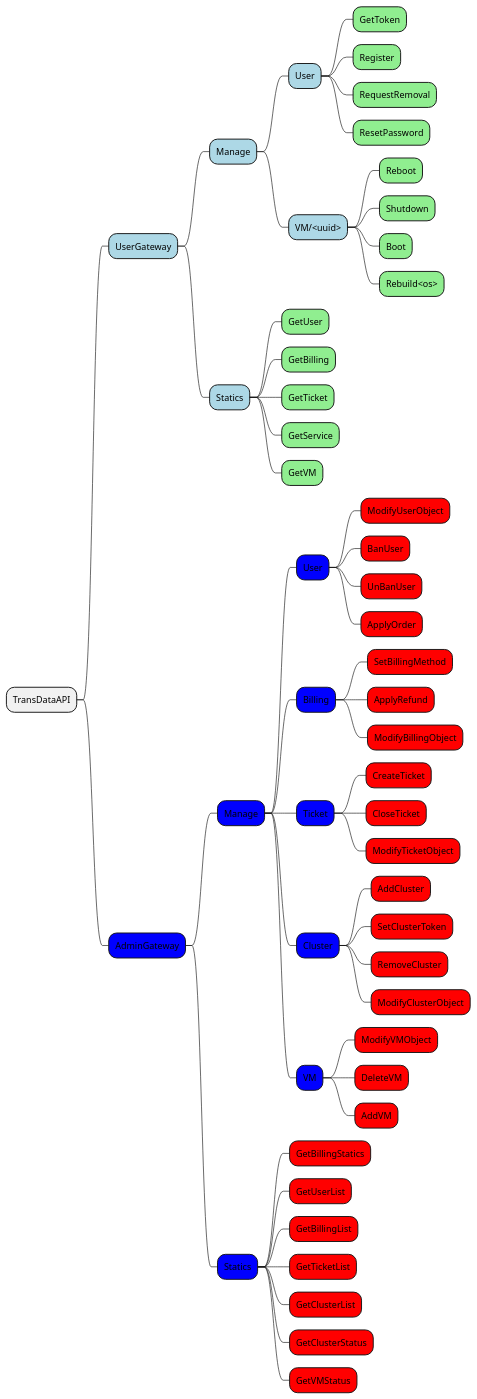
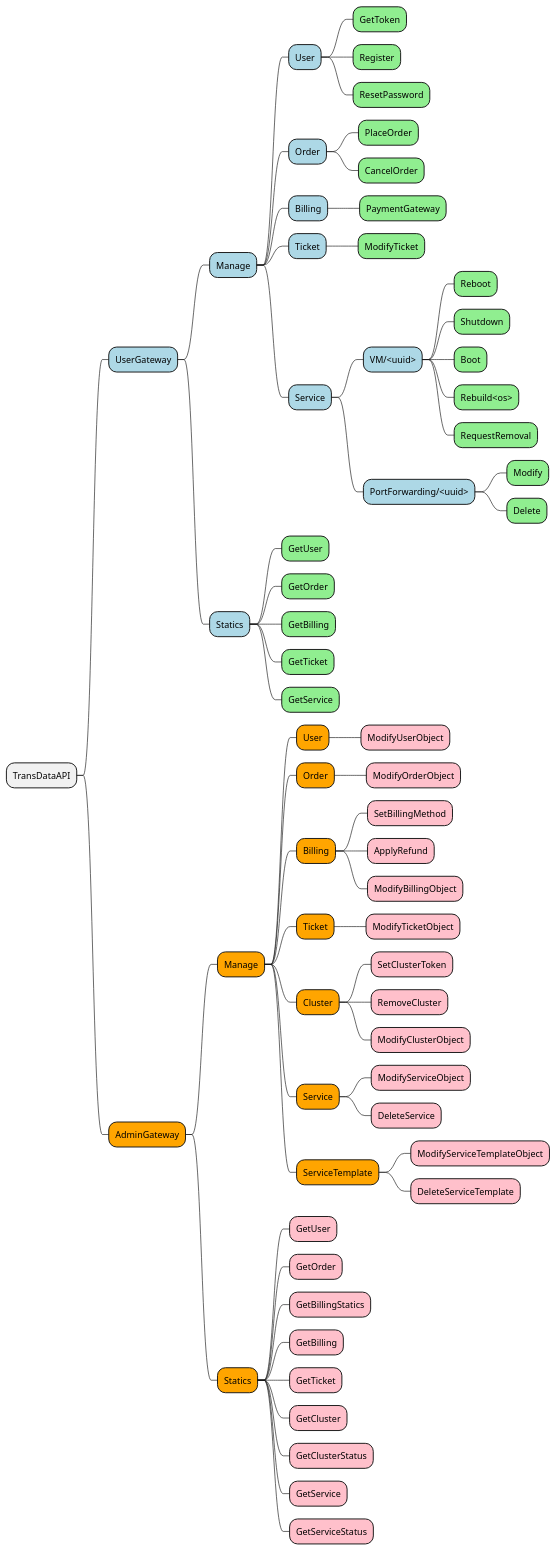
One commit to CaliNetwork/TransData changed the first of 3 diagrams in documents/README.adoc. Above: the diagram before and after it, drawn with PlantUML. The commit also changed other lines of this file and 9 other files, not shown here.

```diff
--- a/documents/README.adoc
+++ b/documents/README.adoc
@@ -11,57 +11,68 @@
 [plantuml]
 ....
 @startmindmap
 * TransDataAPI
     *[#lightblue] UserGateway
         *[#lightblue] Manage
             *[#lightblue] User
                 *[#lightgreen] GetToken
                 *[#lightgreen] Register
-                *[#lightgreen] RequestRemoval
                 *[#lightgreen] ResetPassword
-            *[#lightblue] VM/<uuid>
-                *[#lightgreen] Reboot
-                *[#lightgreen] Shutdown
-                *[#lightgreen] Boot
-                *[#lightgreen] Rebuild<os>
+            *[#lightblue] Order
+                *[#lightgreen] PlaceOrder
+                *[#lightgreen] CancelOrder
+            *[#lightblue] Billing
+                *[#lightgreen] PaymentGateway
+            *[#lightblue] Ticket
+                *[#lightgreen] ModifyTicket
+            *[#lightblue] Service
+                *[#lightblue] VM/<uuid>
+                    *[#lightgreen] Reboot
+                    *[#lightgreen] Shutdown
+                    *[#lightgreen] Boot
+                    *[#lightgreen] Rebuild<os>
+                    *[#lightgreen] RequestRemoval
+                *[#lightblue] PortForwarding/<uuid>
+                    *[#lightgreen] Modify
+                    *[#lightgreen] Delete
         *[#lightblue] Statics
             *[#lightgreen] GetUser
+            *[#lightgreen] GetOrder
             *[#lightgreen] GetBilling
             *[#lightgreen] GetTicket
             *[#lightgreen] GetService
-            *[#lightgreen] GetVM
 
-    *[#blue] AdminGateway
-        *[#blue] Manage
-            *[#blue] User
-                *[#red] ModifyUserObject
-                *[#red] BanUser
-                *[#red] UnBanUser
-                *[#red] ApplyOrder
-            *[#blue] Billing
-                *[#red] SetBillingMethod
-                *[#red] ApplyRefund
-                *[#red] ModifyBillingObject
-            *[#blue] Ticket
-                *[#red] CreateTicket
-                *[#red] CloseTicket
-                *[#red] ModifyTicketObject
-            *[#blue] Cluster
-                *[#red] AddCluster
-                *[#red] SetClusterToken
-                *[#red] RemoveCluster
-                *[#red] ModifyClusterObject
-            *[#blue] VM
-                *[#red] ModifyVMObject
-                *[#red] DeleteVM
-                *[#red] AddVM
-        *[#blue] Statics
-            *[#red] GetBillingStatics
-            *[#red] GetUserList
-            *[#red] GetBillingList
-            *[#red] GetTicketList
-            *[#red] GetClusterList
-            *[#red] GetClusterStatus
-            *[#red] GetVMStatus
+    *[#orange] AdminGateway
+        *[#orange] Manage
+            *[#orange] User
+                *[#pink] ModifyUserObject
+            *[#orange] Order
+                *[#pink] ModifyOrderObject
+            *[#orange] Billing
+                *[#pink] SetBillingMethod
+                *[#pink] ApplyRefund
+                *[#pink] ModifyBillingObject
+            *[#orange] Ticket
+                *[#pink] ModifyTicketObject
+            *[#orange] Cluster
+                *[#pink] SetClusterToken
+                *[#pink] RemoveCluster
+                *[#pink] ModifyClusterObject
+            *[#orange] Service
+                *[#pink] ModifyServiceObject
+                *[#pink] DeleteService
+            *[#orange] ServiceTemplate
+                *[#pink] ModifyServiceTemplateObject
+                *[#pink] DeleteServiceTemplate
+        *[#orange] Statics
+            *[#pink] GetUser
+            *[#pink] GetOrder
+            *[#pink] GetBillingStatics
+            *[#pink] GetBilling
+            *[#pink] GetTicket
+            *[#pink] GetCluster
+            *[#pink] GetClusterStatus
+            *[#pink] GetService
+            *[#pink] GetServiceStatus
 @endmindmap
 ....
```
